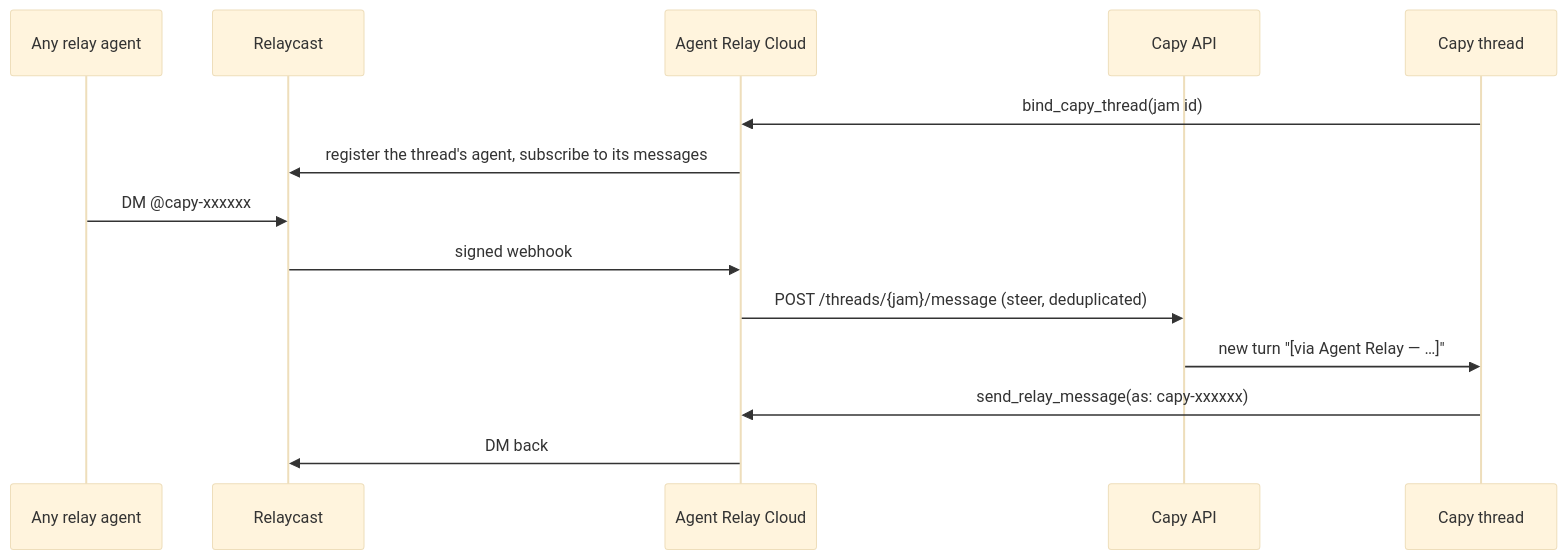
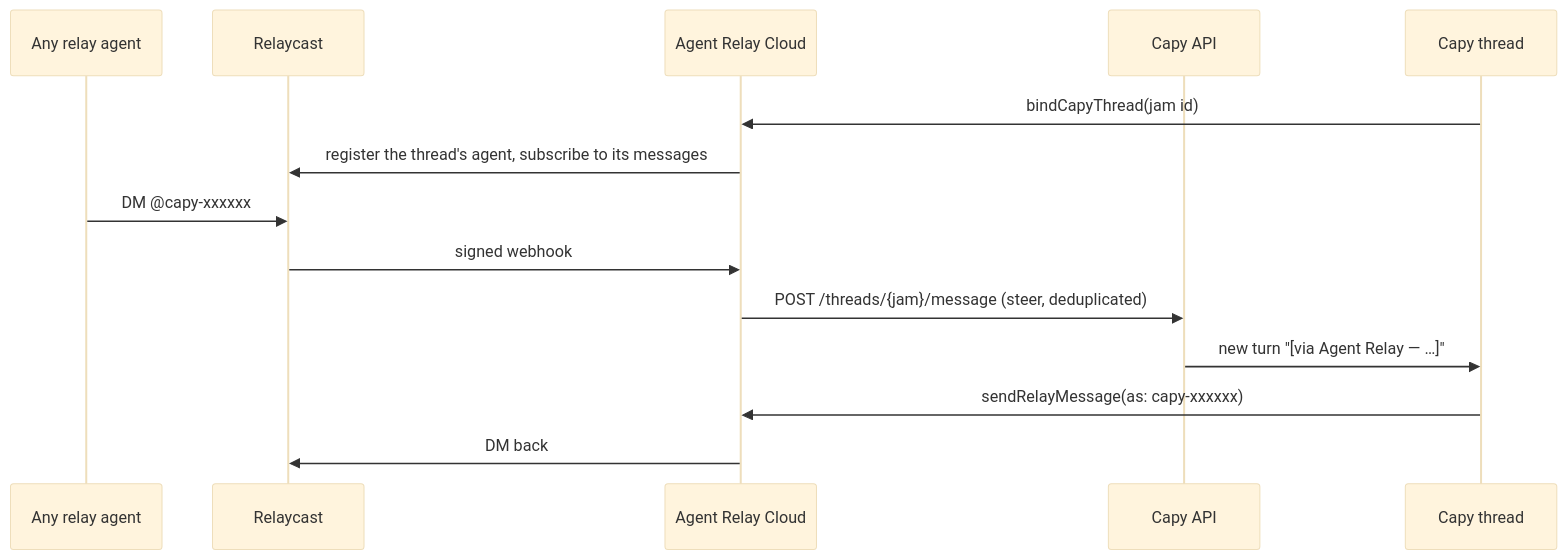
Before and after one commit to AgentWorkforce/skills: the diagram in plugins/capy/agent-relay/README.md, drawn with Mermaid (base theme). The commit also changed other lines of this file and 5 other files, not shown here.

First line of the commit message:
Tell Capy to call sendRelayMessage and bindCapyThread (#201)

````diff
--- a/plugins/capy/agent-relay/README.md
+++ b/plugins/capy/agent-relay/README.md
@@ -94,16 +97,16 @@
 ```mermaid
 sequenceDiagram
     participant A as Any relay agent
     participant R as Relaycast
     participant C as Agent Relay Cloud
     participant K as Capy API
     participant T as Capy thread
-    T->>C: bind_capy_thread(jam id)
+    T->>C: bindCapyThread(jam id)
     C->>R: register the thread's agent, subscribe to its messages
     A->>R: DM @capy-xxxxxx
     R->>C: signed webhook
     C->>K: POST /threads/{jam}/message (steer, deduplicated)
     K->>T: new turn "[via Agent Relay — …]"
-    T->>C: send_relay_message(as: capy-xxxxxx)
+    T->>C: sendRelayMessage(as: capy-xxxxxx)
     C->>R: DM back
 ```
````
